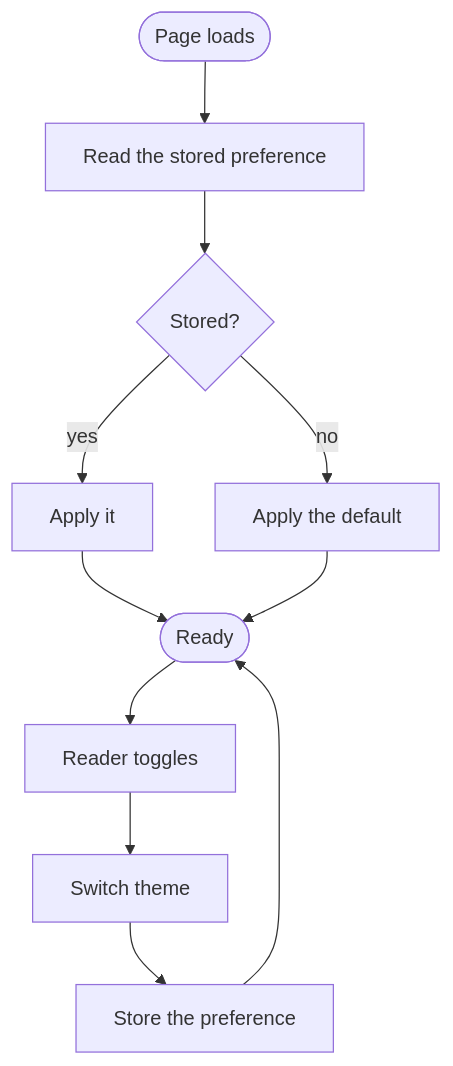
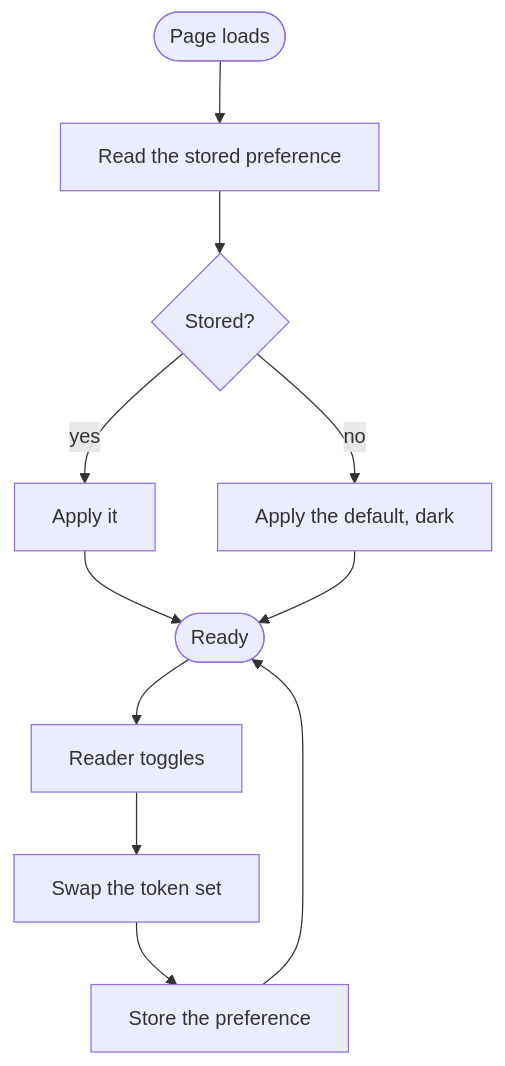
One commit to MoAbboud/PortFolio changed the fifth of 5 diagrams in resume/requirements/03-architecture.md. Above: the diagram before and after it, drawn with Mermaid. The commit also changed other lines of this file and 7 other files, not shown here.

````diff
--- a/resume/requirements/03-architecture.md
+++ b/resume/requirements/03-architecture.md
@@ -71,13 +158,13 @@
 ```mermaid
 flowchart TB
     LOAD([Page loads]) --> READ[Read the stored preference]
     READ --> HAS{Stored?}
     HAS -- yes --> APPLY[Apply it]
-    HAS -- no --> DEF[Apply the default]
+    HAS -- no --> DEF[Apply the default, dark]
     APPLY --> READY([Ready])
     DEF --> READY
     READY --> TOG[Reader toggles]
-    TOG --> SWAP[Switch theme]
+    TOG --> SWAP[Swap the token set]
     SWAP --> SAVE[Store the preference]
     SAVE --> READY
 ```
````
